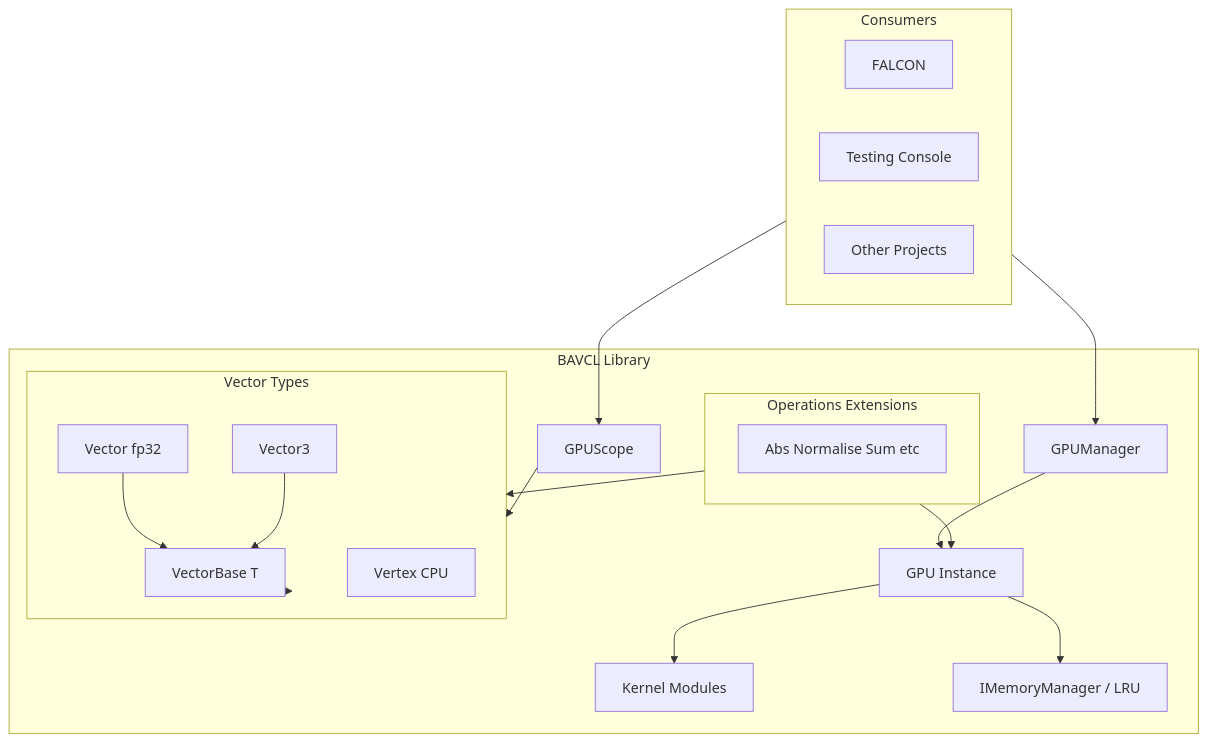
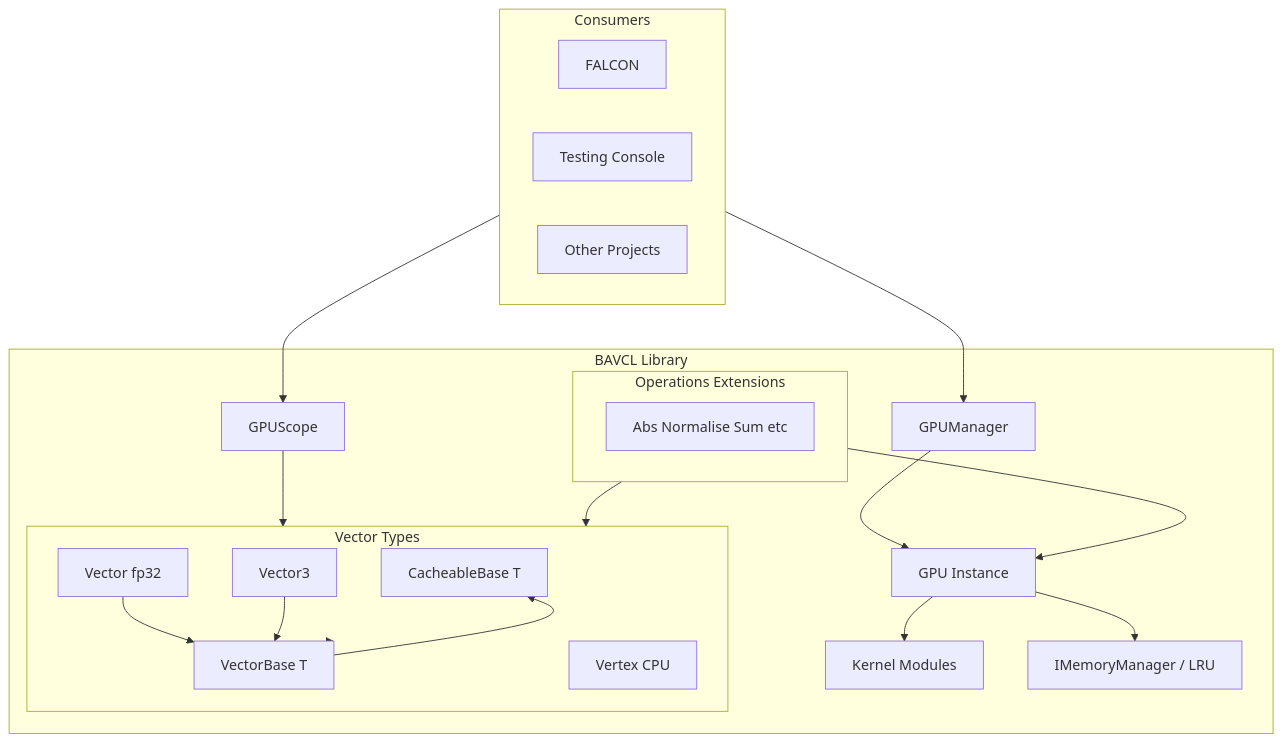
The first of 6 diagrams in Documentation/BAVCLSpecification.md (MPSQUARK/BAVCL), drawn with Mermaid before and after one commit. The commit also changed other lines of this file and 15 other files, not shown here.

````diff
--- a/Documentation/BAVCLSpecification.md
+++ b/Documentation/BAVCLSpecification.md
@@ -157,37 +157,39 @@
 ```mermaid
 flowchart TD
     subgraph consumers [Consumers]
         FALCON[FALCON]
         TC[Testing Console]
         Other[Other Projects]
     end
 
     subgraph bavcl [BAVCL Library]
         GM[GPUManager]
         GPU[GPU Instance]
         KM[Kernel Modules]
         MM[IMemoryManager / LRU]
         GS[GPUScope]
         subgraph types [Vector Types]
+            CB[CacheableBase T]
             VB[VectorBase T]
             V[Vector fp32]
             V3[Vector3]
             VT[Vertex CPU]
         end
         subgraph ops [Operations Extensions]
             OP[Abs Normalise Sum etc]
         end
     end
 
     consumers --> GM
     GM --> GPU
     GPU --> KM
     GPU --> MM
     consumers --> GS
     GS --> types
     types --> VB
+    VB --> CB
     V --> VB
     V3 --> VB
     ops --> types
     ops --> GPU
 ```
````
